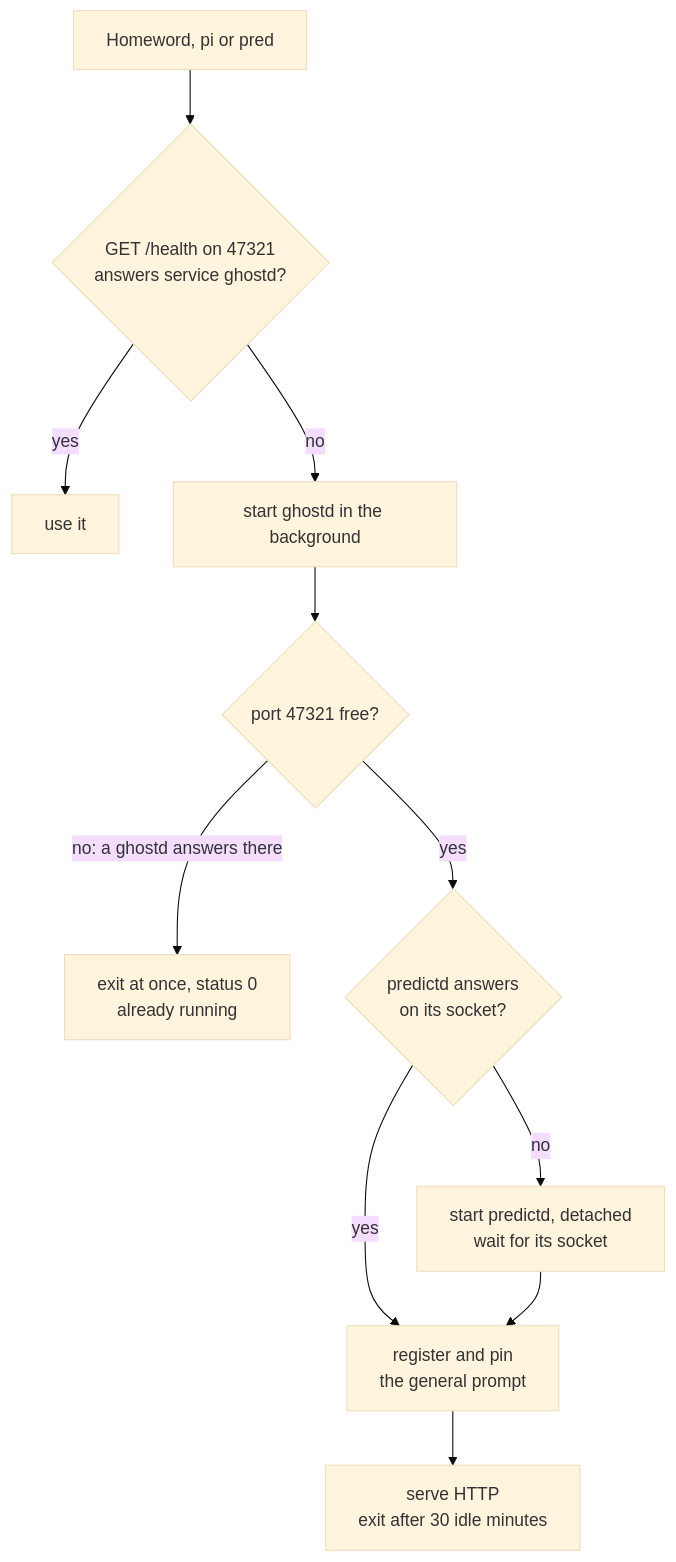
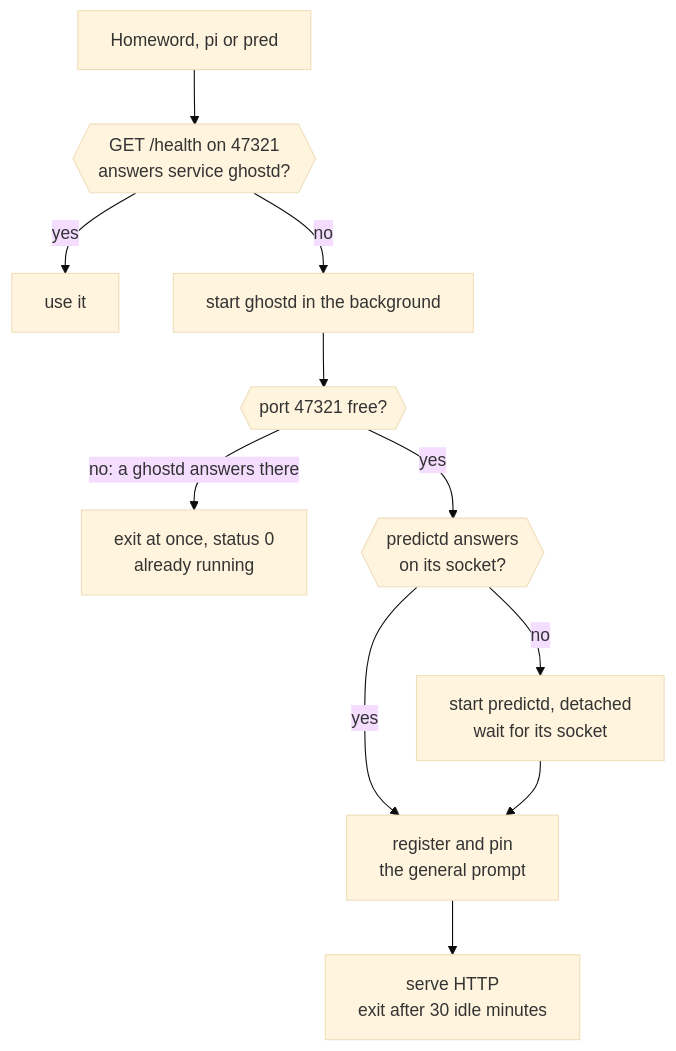
The second of 7 diagrams in docs/ARCHITECTURE.md (FreemanX/Homeword), drawn with Mermaid (base theme) before and after one commit. The commit also changed other lines of this file and 6 other files, not shown here.

First line of the commit message:
Mermaid: wider text in flowchart boxes

````diff
--- a/docs/ARCHITECTURE.md
+++ b/docs/ARCHITECTURE.md
@@ -71,13 +67,14 @@
 ```mermaid
+%%{init: {"flowchart": {"wrappingWidth": 480}}}%%
 flowchart TD
-    client["Homeword, pi or pred"] --> ask{"GET /health on 47321<br/>answers service ghostd?"}
+    client["Homeword, pi or pred"] --> ask{{"GET /health on 47321<br/>answers service ghostd?"}}
     ask -- yes --> reuse["use it"]
     ask -- no --> spawn["start ghostd in the background"]
-    spawn --> port{"port 47321 free?"}
+    spawn --> port{{"port 47321 free?"}}
     port -- "no: a ghostd answers there" --> quit["exit at once, status 0<br/>already running"]
-    port -- yes --> sock{"predictd answers<br/>on its socket?"}
+    port -- yes --> sock{{"predictd answers<br/>on its socket?"}}
     sock -- yes --> pin["register and pin<br/>the general prompt"]
     sock -- no --> startd["start predictd, detached<br/>wait for its socket"]
     startd --> pin
     pin --> serve["serve HTTP<br/>exit after 30 idle minutes"]
 ```
````
